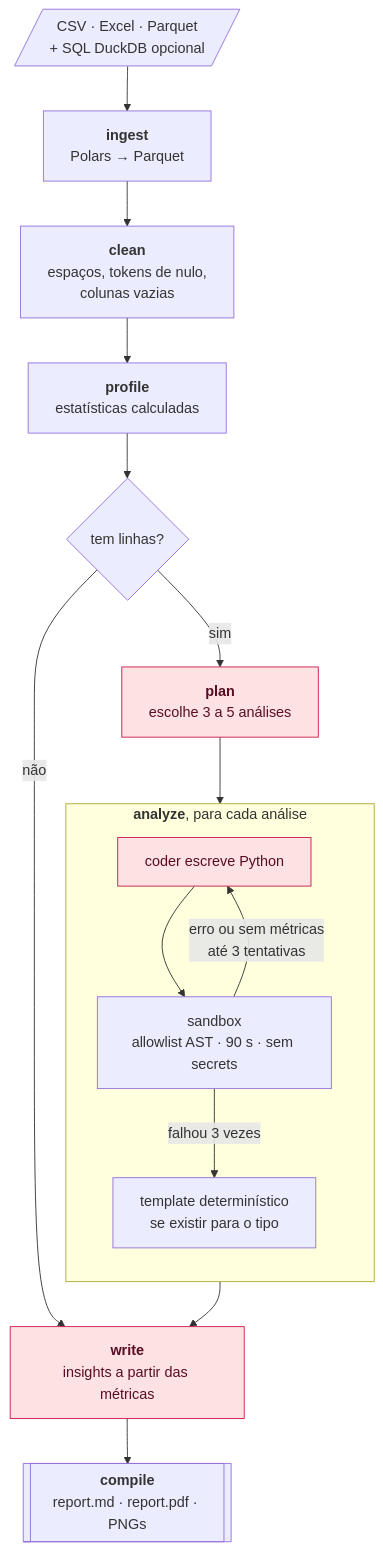
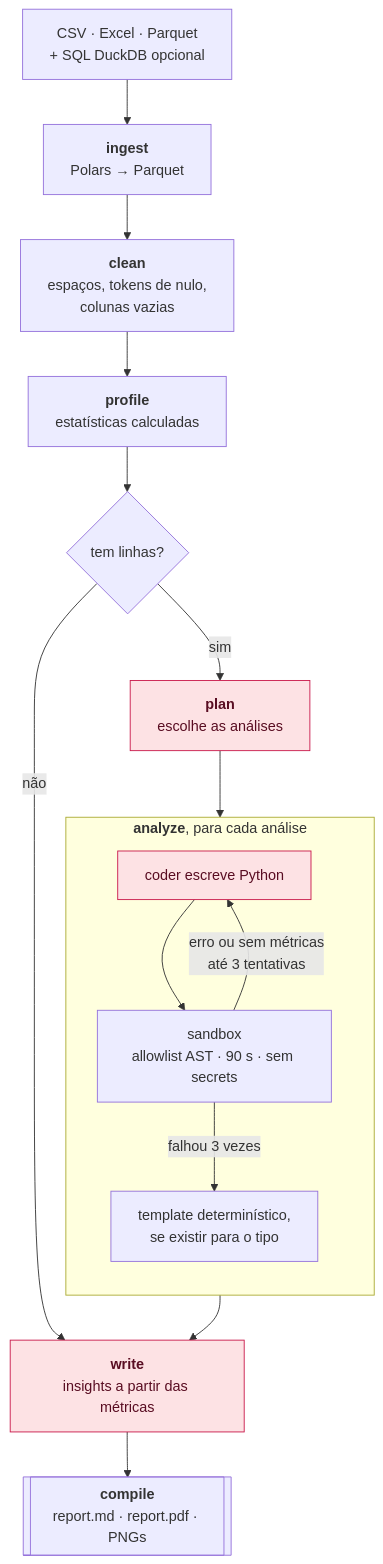
One commit to EmersonPalatti/agente-automacao-relatorios changed the diagram in README.md. Above: the diagram before and after it, drawn with Mermaid. The commit also changed other lines of this file and 5 other files, not shown here.

````diff
--- a/README.md
+++ b/README.md
@@ -43,23 +43,23 @@
 ```mermaid
 flowchart TD
-    IN[/"CSV · Excel · Parquet<br/>+ SQL DuckDB opcional"/] --> ING["<b>ingest</b><br/>Polars → Parquet"]
-    ING --> CLN["<b>clean</b><br/>espaços, tokens de nulo,<br/>colunas vazias"]
-    CLN --> PRF["<b>profile</b><br/>estatísticas calculadas"]
+    IN["CSV · Excel · Parquet<br>+ SQL DuckDB opcional"] --> ING["<b>ingest</b><br>Polars → Parquet"]
+    ING --> CLN["<b>clean</b><br>espaços, tokens de nulo,<br>colunas vazias"]
+    CLN --> PRF["<b>profile</b><br>estatísticas calculadas"]
     PRF --> CHK{"tem linhas?"}
-    CHK -- não --> WRT
-    CHK -- sim --> PLN["<b>plan</b><br/>escolhe 3 a 5 análises"]
+    CHK -- "não" --> WRT
+    CHK -- "sim" --> PLN["<b>plan</b><br>escolhe as análises"]
     PLN --> ANL
 
     subgraph ANL["<b>analyze</b>, para cada análise"]
         direction TB
-        COD["coder escreve Python"] --> SBX["sandbox<br/>allowlist AST · 90 s · sem secrets"]
-        SBX -- "erro ou sem métricas<br/>até 3 tentativas" --> COD
-        SBX -- "falhou 3 vezes" --> TPL["template determinístico<br/>se existir para o tipo"]
+        COD["coder escreve Python"] --> SBX["sandbox<br>allowlist AST · 90 s · sem secrets"]
+        SBX -- "erro ou sem métricas<br>até 3 tentativas" --> COD
+        SBX -- "falhou 3 vezes" --> TPL["template determinístico,<br>se existir para o tipo"]
     end
 
-    ANL --> WRT["<b>write</b><br/>insights a partir das métricas"]
-    WRT --> CMP[["<b>compile</b><br/>report.md · report.pdf · PNGs"]]
+    ANL --> WRT["<b>write</b><br>insights a partir das métricas"]
+    WRT --> CMP[["<b>compile</b><br>report.md · report.pdf · PNGs"]]
 
     classDef llm fill:#fde2e4,stroke:#c9184a,color:#590d22
     class PLN,COD,WRT llm
 ```
````
